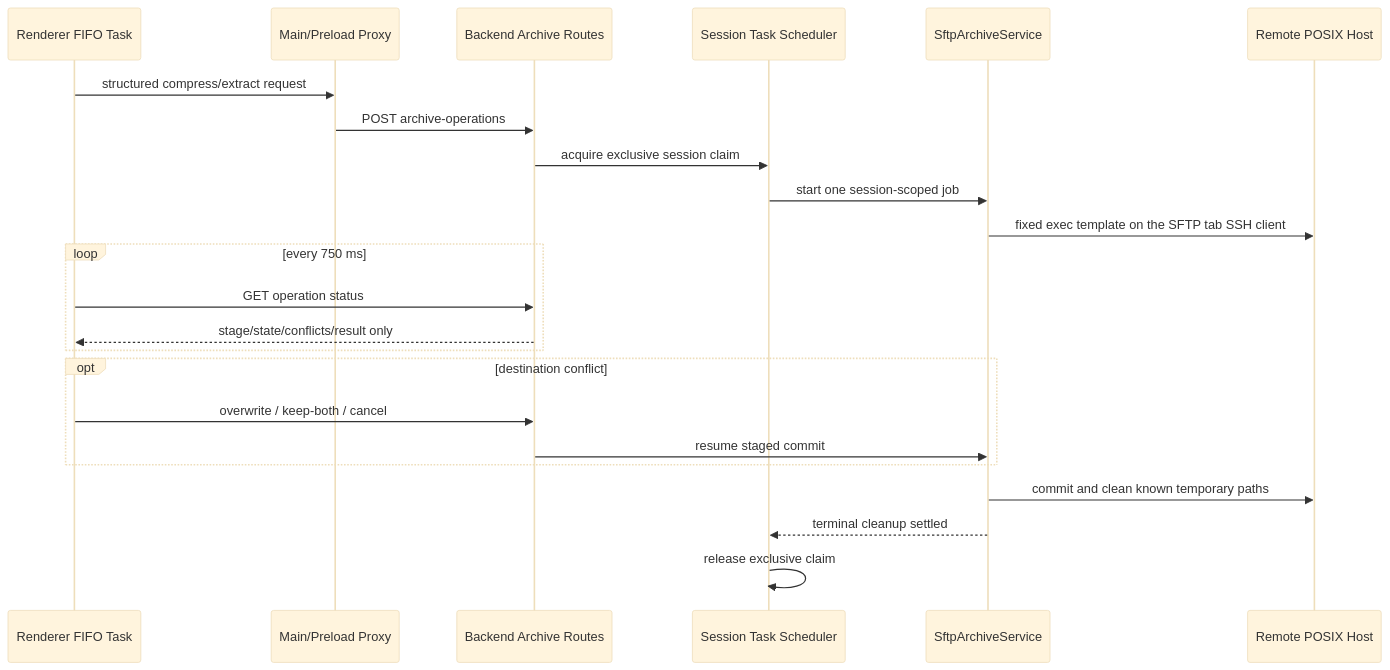
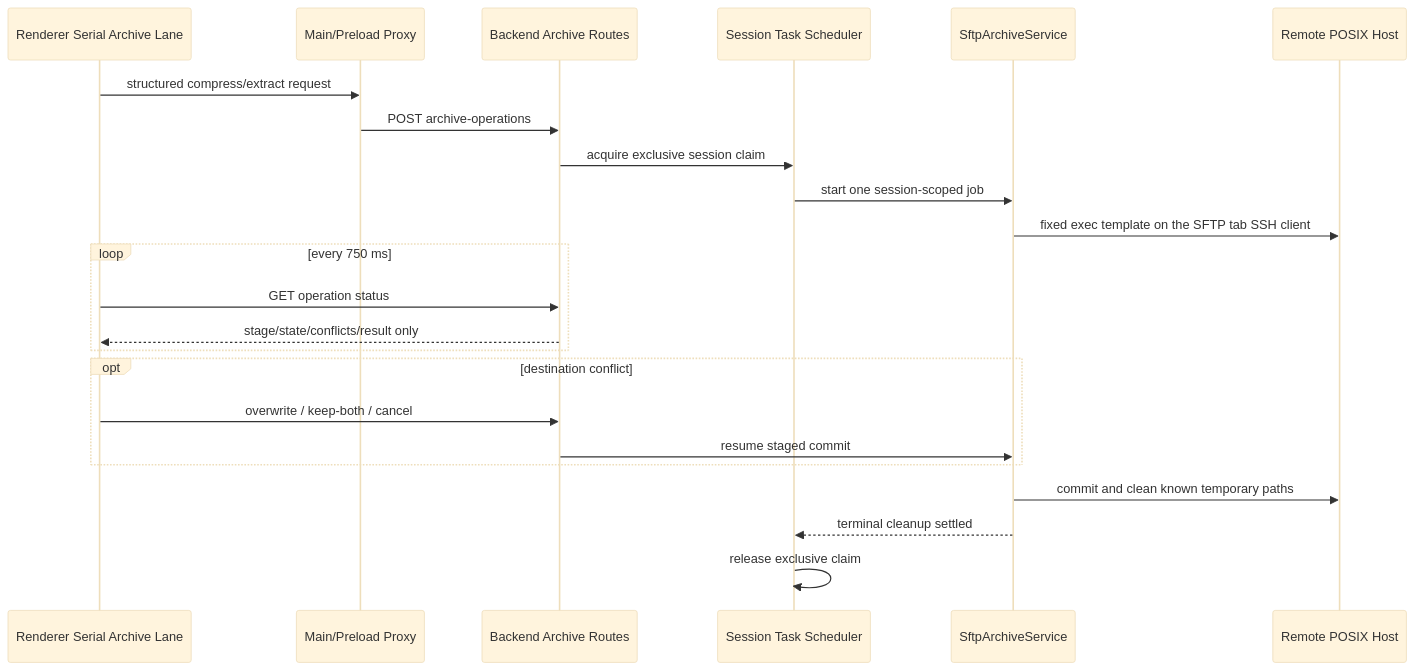
Before and after one commit to XYZ1024-alt/Cosmosh: the ninth of 14 diagrams in docs/developer/core/architecture.md, drawn with Mermaid (base theme). The commit also changed other lines of this file and 27 other files, not shown here.

````diff
--- a/docs/developer/core/architecture.md
+++ b/docs/developer/core/architecture.md
@@ -353,26 +353,26 @@
 ```mermaid
 sequenceDiagram
-  participant UI as Renderer FIFO Task
+  participant UI as Renderer Serial Archive Lane
   participant MP as Main/Preload Proxy
   participant API as Backend Archive Routes
   participant SCH as Session Task Scheduler
   participant AS as SftpArchiveService
   participant RH as Remote POSIX Host
 
   UI->>MP: structured compress/extract request
   MP->>API: POST archive-operations
   API->>SCH: acquire exclusive session claim
   SCH->>AS: start one session-scoped job
   AS->>RH: fixed exec template on the SFTP tab SSH client
   loop every 750 ms
     UI->>API: GET operation status
     API-->>UI: stage/state/conflicts/result only
   end
   opt destination conflict
     UI->>API: overwrite / keep-both / cancel
     API->>AS: resume staged commit
   end
   AS->>RH: commit and clean known temporary paths
   AS-->>SCH: terminal cleanup settled
   SCH->>SCH: release exclusive claim
 ```
````
